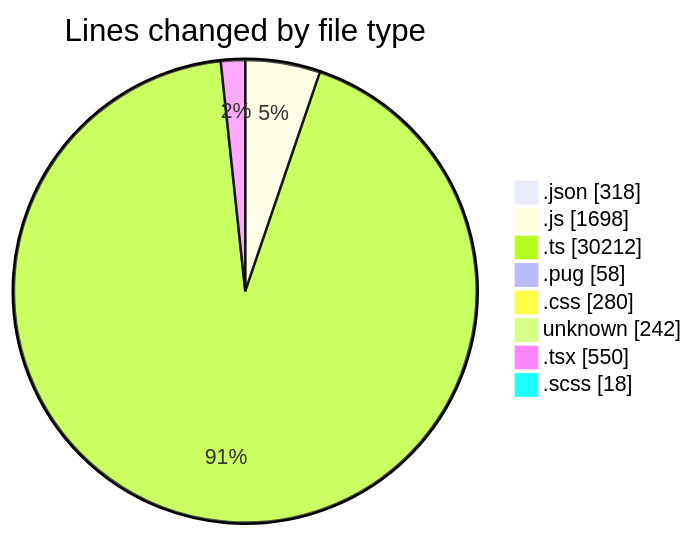
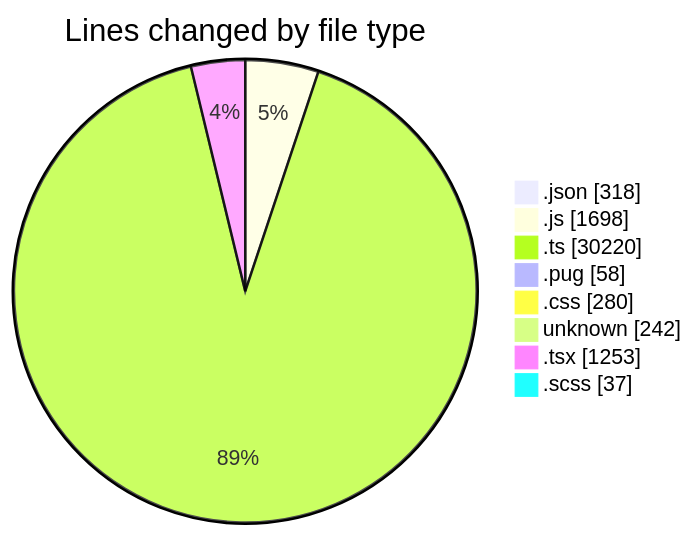
The first of 2 diagrams in 2026-06-02/cda/README.md (momahboobian/code-tracking), drawn with Mermaid before and after one commit. The commit also changed other lines of this file and 1 other file, not shown here.

````diff
--- a/2026-06-02/cda/README.md
+++ b/2026-06-02/cda/README.md
@@ -54,12 +63,12 @@
 ```mermaid
 pie showData
 title Lines changed by file type
 ".json" : 318
 ".js" : 1698
-".ts" : 30212
+".ts" : 30220
 ".pug" : 58
 ".css" : 280
 "unknown" : 242
-".tsx" : 550
-".scss" : 18
+".tsx" : 1253
+".scss" : 37
 ```
````
